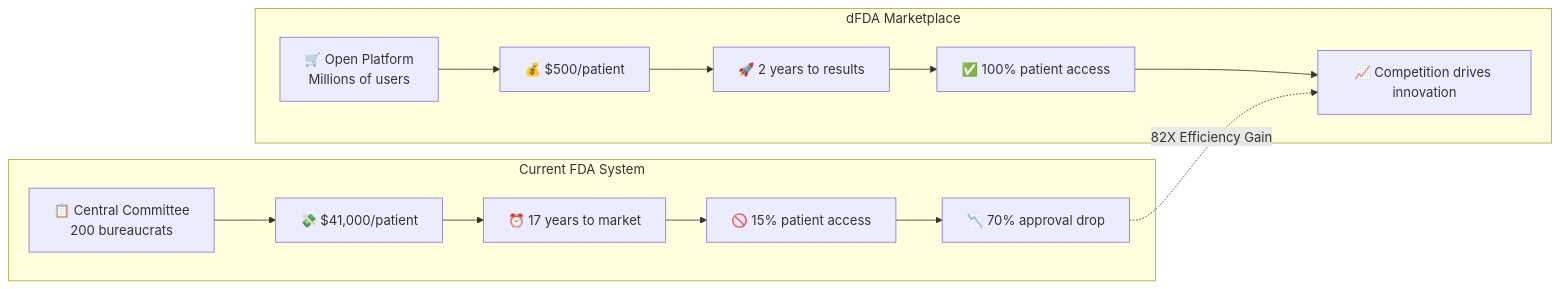
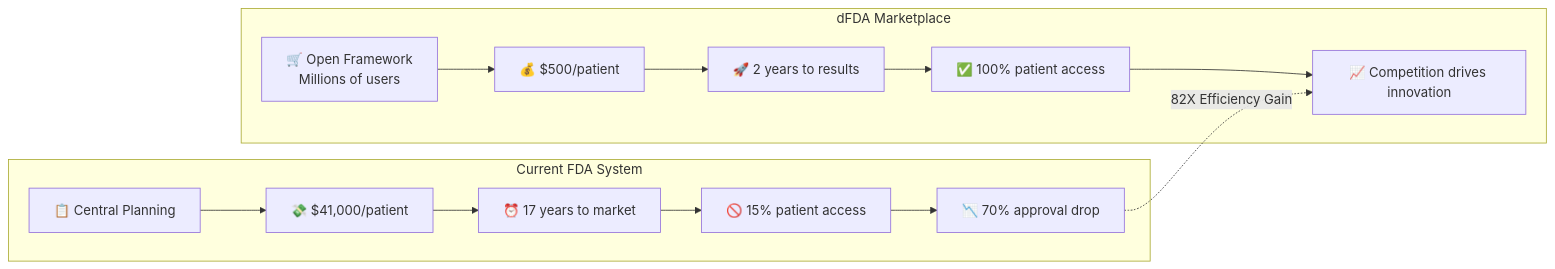
One commit to mikepsinn/disease-eradication-plan changed the third of 6 diagrams in index.qmd. Above: the diagram before and after it, drawn with Mermaid. The commit also changed other lines of this file, not shown here.

Commit message:
Refine flowchart labels in index.qmd for improved clarity and consistency. Update "Central Committee" to "Central Planning" and "Open Platform" to "Open Framework" to better reflect the intended concepts and enhance the overall narrative of the dFDA system.

````diff
--- a/index.qmd
+++ b/index.qmd
@@ -288,24 +290,24 @@
 ```{mermaid}
 flowchart LR
     subgraph "Current FDA System"
-        FDA1["📋 Central Committee<br/>200 bureaucrats"]
+        FDA1["📋 Central Planning"]
         FDA2["💸 $41,000/patient"]
         FDA3["⏰ 17 years to market"]
         FDA4["🚫 15% patient access"]
         FDA5["📉 70% approval drop"]
 
         FDA1 --> FDA2 --> FDA3 --> FDA4 --> FDA5
     end
 
     subgraph "dFDA Marketplace"
-        dFDA1["🛒 Open Platform<br/>Millions of users"]
+        dFDA1["🛒 Open Framework<br/>Millions of users"]
         dFDA2["💰 $500/patient"]
         dFDA3["🚀 2 years to results"]
         dFDA4["✅ 100% patient access"]
         dFDA5["📈 Competition drives innovation"]
 
         dFDA1 --> dFDA2 --> dFDA3 --> dFDA4 --> dFDA5
     end
 
     FDA5 -.->|"82X Efficiency Gain"| dFDA5
 ```
````
